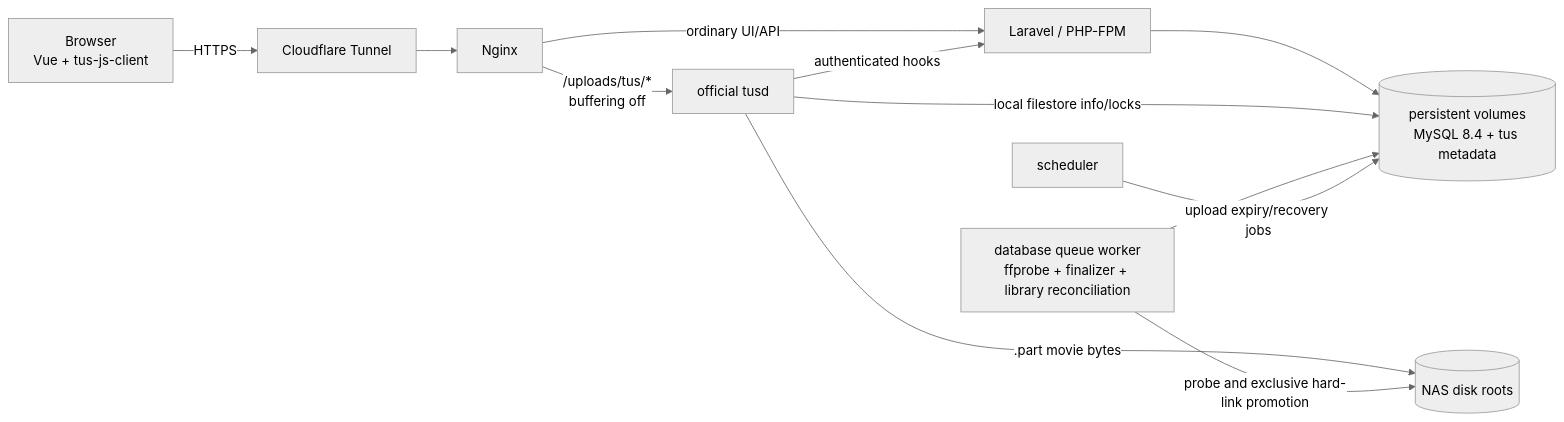
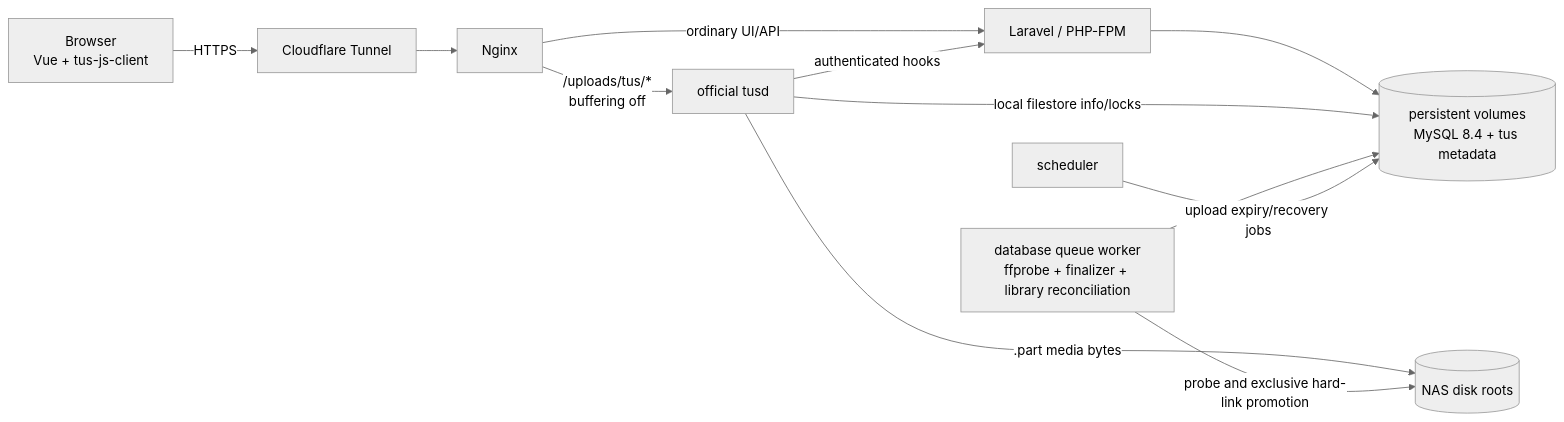
One commit to VaclavKlima/MediaUploadManager changed the first of 3 diagrams in docs/architecture.md. Above: the diagram before and after it, drawn with Mermaid (neutral theme). The commit also changed other lines of this file and 44 other files, not shown here.

````diff
--- a/docs/architecture.md
+++ b/docs/architecture.md
@@ -7,23 +7,23 @@
 ```mermaid
 flowchart LR
     B[Browser<br/>Vue + tus-js-client]
     C[Cloudflare Tunnel]
     N[Nginx]
     A[Laravel / PHP-FPM]
     D[(persistent volumes<br/>MySQL 8.4 + tus metadata)]
     T[official tusd]
     Q[database queue worker<br/>ffprobe + finalizer + library reconciliation]
     S[scheduler]
     NAS[(NAS disk roots)]
 
     B -->|HTTPS| C --> N
     N -->|ordinary UI/API| A
     N -->|/uploads/tus/*<br/>buffering off| T
     A --> D
     T -->|authenticated hooks| A
-    T -->|.part movie bytes| NAS
+    T -->|.part media bytes| NAS
     T -->|local filestore info/locks| D
     Q --> D
     Q -->|probe and exclusive hard-link promotion| NAS
     S -->|upload expiry/recovery jobs| D
 ```
````
